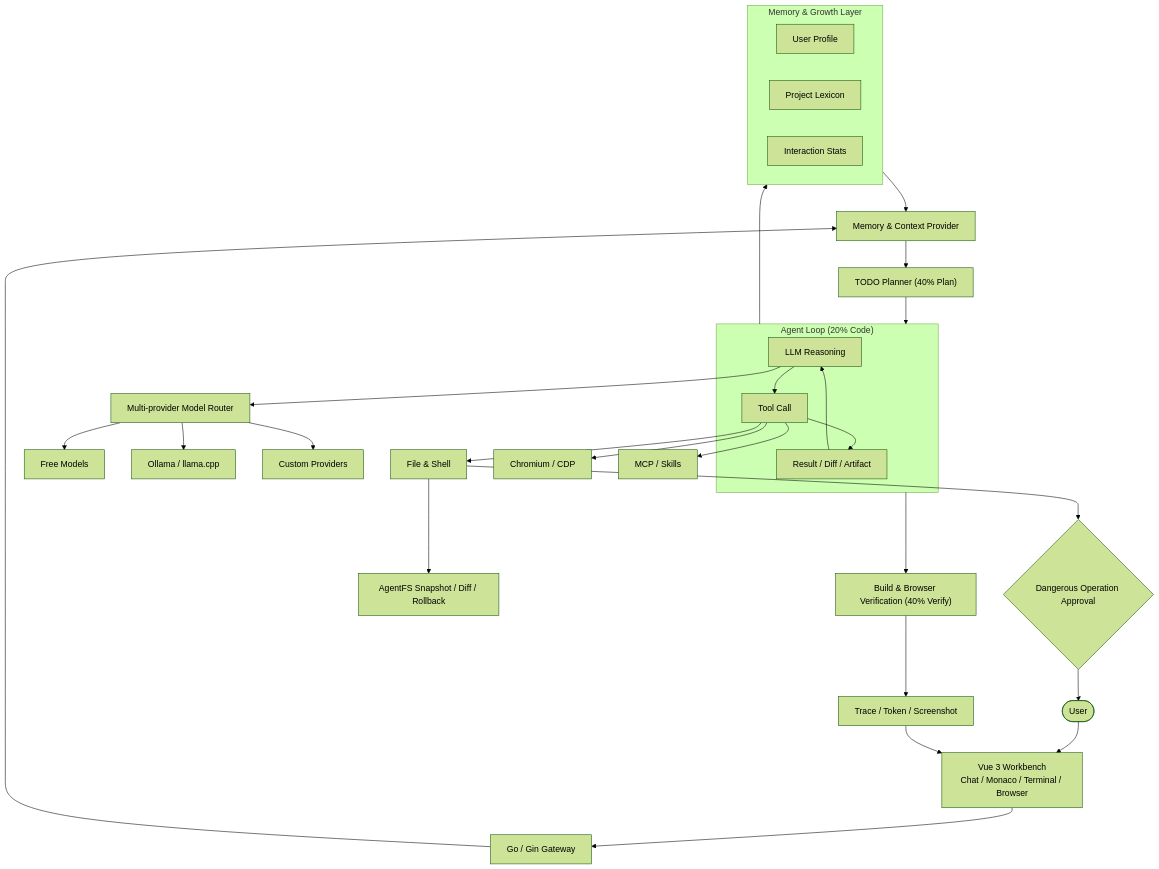
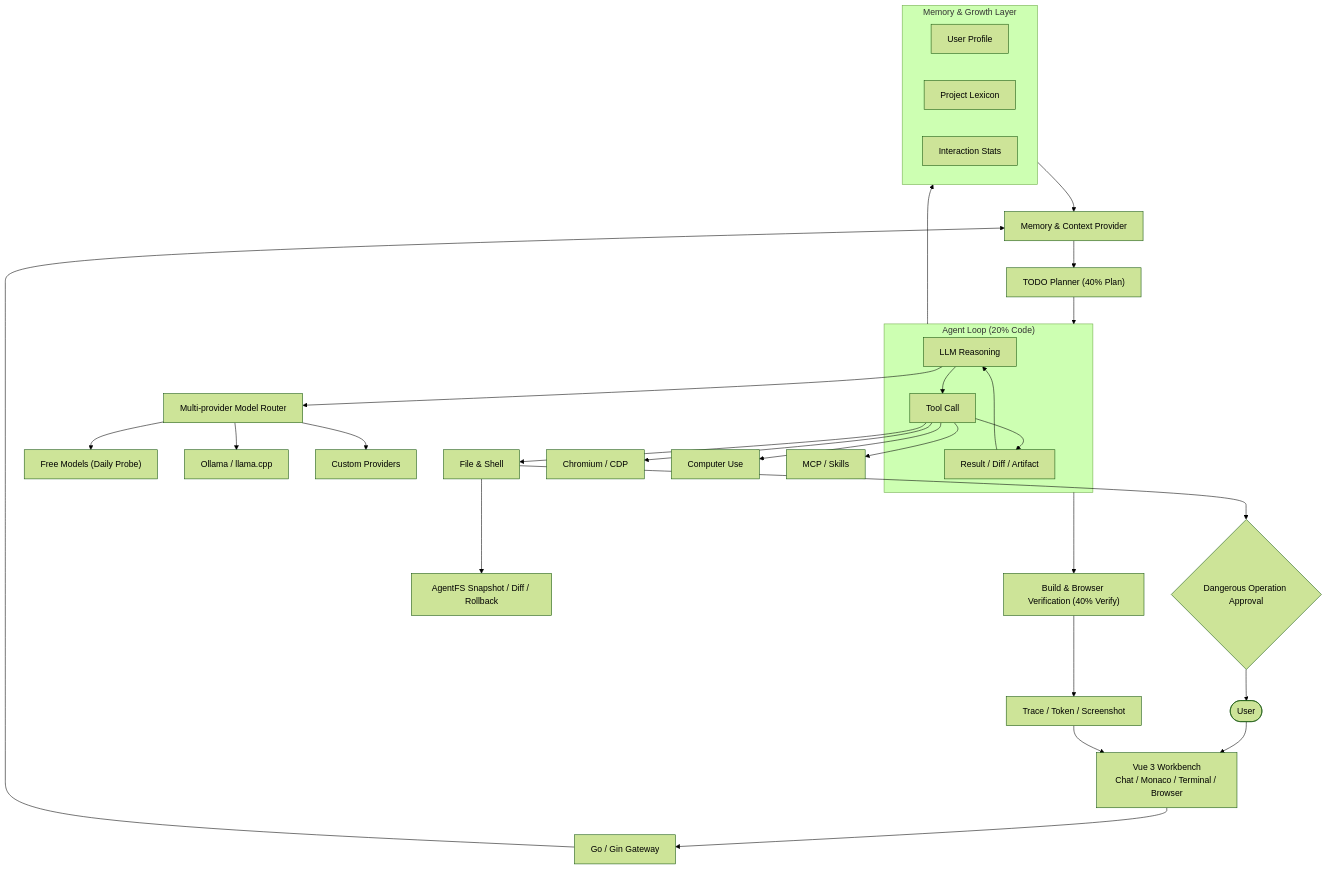
The diagram in README.md (3478556810/re0), drawn with Mermaid (forest theme) before and after one commit. The commit also changed other lines of this file and 6 other files, not shown here.

````diff
--- a/README.md
+++ b/README.md
@@ -97,39 +96,40 @@
 ```mermaid
 flowchart TB
     User([User]) --> UI["Vue 3 Workbench<br/>Chat / Monaco / Terminal / Browser"]
     UI --> Gateway["Go / Gin Gateway"]
     Gateway --> Context["Memory & Context Provider"]
     Context --> Planner["TODO Planner (40% Plan)"]
     Planner --> AgentLoop
 
     subgraph AgentLoop ["Agent Loop (20% Code)"]
         LLM["LLM Reasoning"] --> ToolCall["Tool Call"]
         ToolCall --> ToolResult["Result / Diff / Artifact"]
         ToolResult --> LLM
     end
 
     AgentLoop --> Verify["Build & Browser Verification (40% Verify)"]
     Verify --> Trace["Trace / Token / Screenshot"]
     Trace --> UI
 
     LLM --> Router["Multi-provider Model Router"]
-    Router --> Free["Free Models"]
+    Router --> Free["Free Models (Daily Probe)"]
     Router --> Local["Ollama / llama.cpp"]
     Router --> Private["Custom Providers"]
 
     ToolCall --> Files["File & Shell"]
     ToolCall --> Browser["Chromium / CDP"]
+    ToolCall --> Computer["Computer Use"]
     ToolCall --> Extensions["MCP / Skills"]
 
     Files --> AgentFS["AgentFS Snapshot / Diff / Rollback"]
     Files --> Gate{"Dangerous Operation Approval"}
     Gate --> User
 
     subgraph Growth ["Memory & Growth Layer"]
         Profile["User Profile"]
         Lexicon["Project Lexicon"]
         Stats["Interaction Stats"]
     end
     AgentLoop --> Growth
     Growth --> Context
 ```
````
